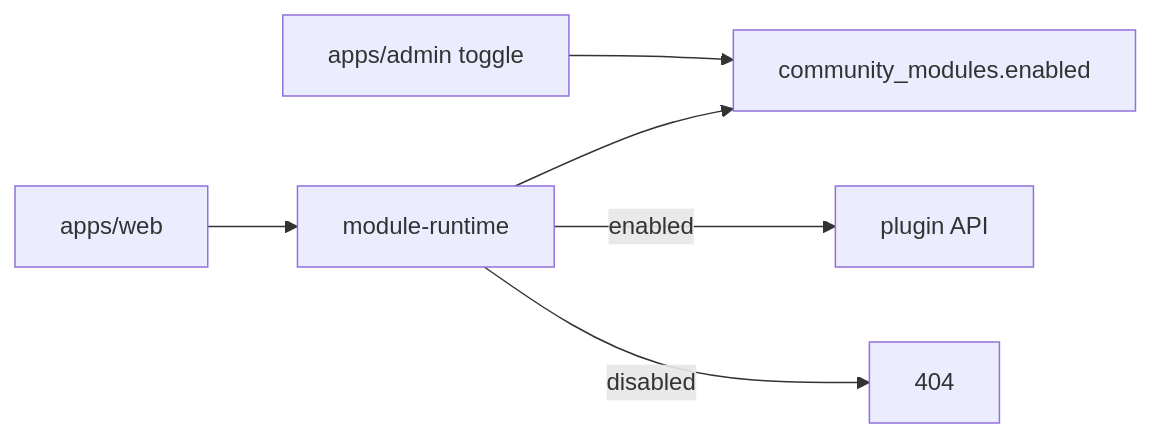
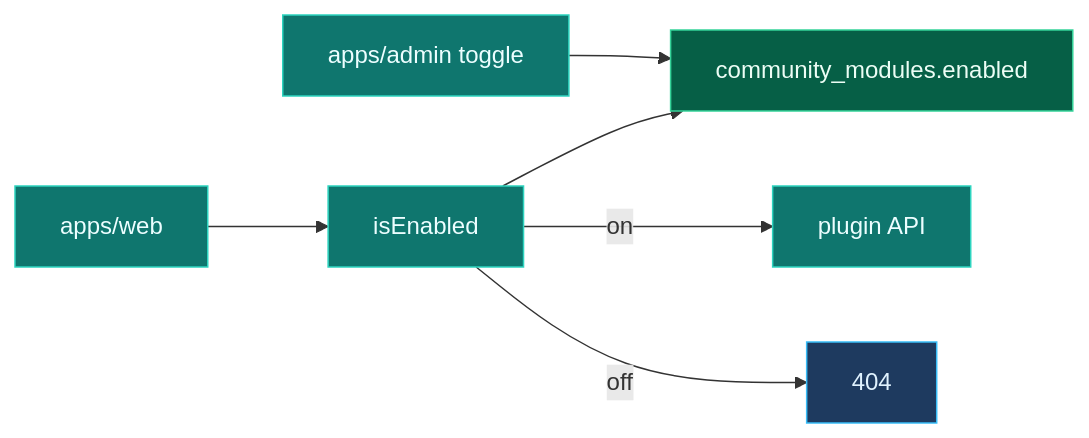
Before and after one commit to colabcolibri/comuna: the diagram in docs/architecture/diagrams/module-runtime.md, drawn with Mermaid. The commit also changed other lines of this file and 34 other files, not shown here.

````diff
--- a/docs/architecture/diagrams/module-runtime.md
+++ b/docs/architecture/diagrams/module-runtime.md
@@ -10,14 +11,22 @@
 ```mermaid
 flowchart LR
     Admin[apps/admin toggle]
     Table[community_modules.enabled]
-    Runtime[module-runtime]
+    Runtime[isEnabled]
     Web[apps/web]
     Api[plugin API]
+
+    classDef app fill:#0f766e,stroke:#2dd4bf,color:#ecfeff
+    classDef store fill:#065f46,stroke:#34d399,color:#ecfdf5
+    classDef ext fill:#1e3a5f,stroke:#38bdf8,color:#e0f2fe
 
     Admin --> Table
     Web --> Runtime
     Runtime --> Table
-    Runtime -->|enabled| Api
-    Runtime -->|disabled| Four04[404]
+    Runtime -->|on| Api
+    Runtime -->|off| Four04[404]
+
+    class Admin,Web,Runtime,Api app
+    class Table store
+    class Four04 ext
 ```
````
